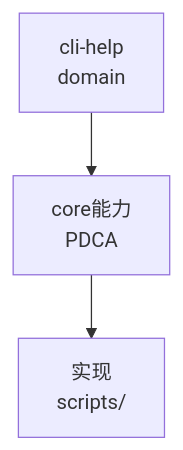
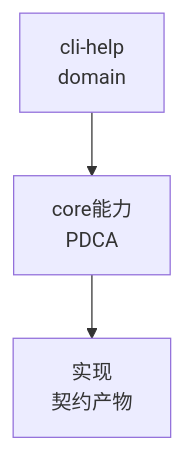
One commit to MyBlackHole/pdca-workflow changed the diagram in ontology/domain/core/cli-help.md. Above: the diagram before and after it, drawn with Mermaid. The commit also changed other lines of this file and 8256 other files, not shown here.

````diff
--- a/ontology/domain/core/cli-help.md
+++ b/ontology/domain/core/cli-help.md
@@ -32,6 +40,6 @@
 ```mermaid
 graph TD
     A[cli-help<br/>domain] --> B[core能力<br/>PDCA]
-    B --> C[实现<br/>scripts/]
-    %% Source: ontology/domain/cli-help.md:1 + ontology/concept/ontology-fidelity-criterion.md:1
+    B --> C[实现<br/>契约产物]
+    %% Source: ontology/domain/core/cli-help.md:1 + ontology/concept/ontology-fidelity-criterion.md:1
 ```
````
